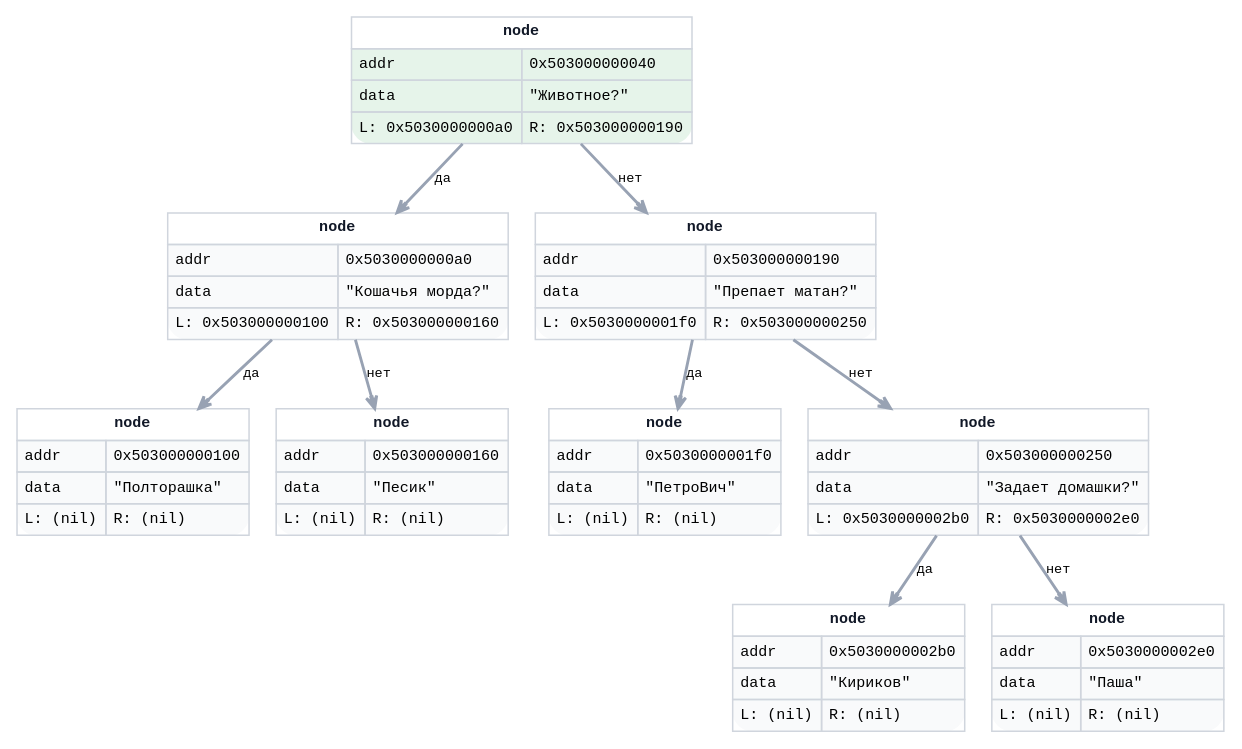
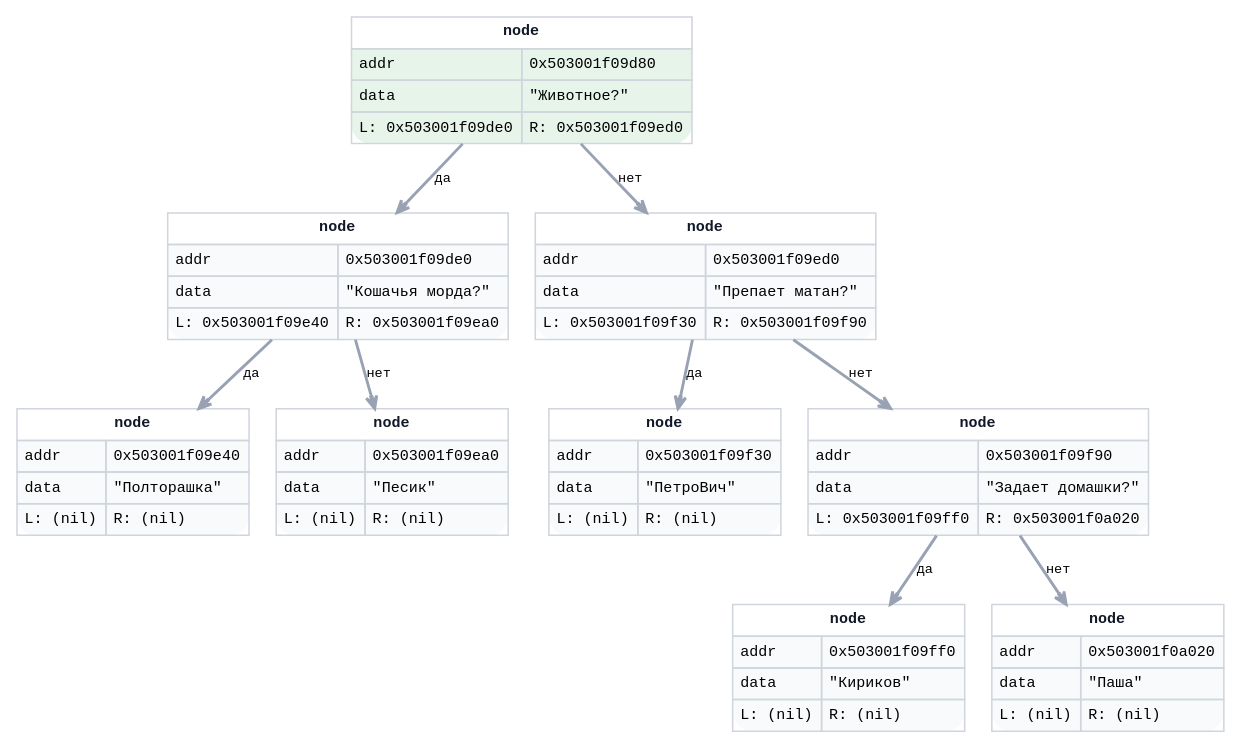
Before and after one commit to matlire/Akinator: the diagram in temp/graph.dot, drawn with Graphviz. The commit also changed 30 other files, not shown here.

```diff
--- a/temp/graph.dot
+++ b/temp/graph.dot
@@ -1,27 +1,27 @@
 digraph G {
 rankdir=TB;
 bgcolor="white";
 labelloc=t;
 labeljust=l;
 fontname="monospace";
 fontsize=18;
 node  [shape=box, style="rounded,filled", color="#475467", fillcolor="#F9FAFB", fontname="monospace", fontsize=10];
 edge  [color="#98A2B3", penwidth=1.7, arrowsize=0.8, arrowhead=vee, fontname="monospace", fontsize=9];
-n0 [shape=plain, color="#16A34A", fillcolor="#E6F4EA", penwidth=2.0, label=<<TABLE BORDER="0" CELLBORDER="1" CELLSPACING="0" CELLPADDING="4" COLOR="#D0D5DD"><TR><TD COLSPAN="2" BGCOLOR="#FFFFFF"><B><FONT COLOR="#111827">node</FONT></B></TD></TR><TR><TD ALIGN="LEFT">addr</TD><TD ALIGN="LEFT">0x503000000040</TD></TR><TR><TD ALIGN="LEFT">data</TD><TD ALIGN="LEFT">"Животное?"</TD></TR><TR><TD PORT="L" ALIGN="LEFT">L: 0x5030000000a0</TD><TD PORT="R" ALIGN="LEFT">R: 0x503000000190</TD></TR></TABLE>>];
-n1 [shape=plain, color="#475467", fillcolor="#F9FAFB", penwidth=2.0, label=<<TABLE BORDER="0" CELLBORDER="1" CELLSPACING="0" CELLPADDING="4" COLOR="#D0D5DD"><TR><TD COLSPAN="2" BGCOLOR="#FFFFFF"><B><FONT COLOR="#111827">node</FONT></B></TD></TR><TR><TD ALIGN="LEFT">addr</TD><TD ALIGN="LEFT">0x5030000000a0</TD></TR><TR><TD ALIGN="LEFT">data</TD><TD ALIGN="LEFT">"Кошачья морда?"</TD></TR><TR><TD PORT="L" ALIGN="LEFT">L: 0x503000000100</TD><TD PORT="R" ALIGN="LEFT">R: 0x503000000160</TD></TR></TABLE>>];
-n2 [shape=plain, color="#475467", fillcolor="#F9FAFB", penwidth=2.0, label=<<TABLE BORDER="0" CELLBORDER="1" CELLSPACING="0" CELLPADDING="4" COLOR="#D0D5DD"><TR><TD COLSPAN="2" BGCOLOR="#FFFFFF"><B><FONT COLOR="#111827">node</FONT></B></TD></TR><TR><TD ALIGN="LEFT">addr</TD><TD ALIGN="LEFT">0x503000000190</TD></TR><TR><TD ALIGN="LEFT">data</TD><TD ALIGN="LEFT">"Препает матан?"</TD></TR><TR><TD PORT="L" ALIGN="LEFT">L: 0x5030000001f0</TD><TD PORT="R" ALIGN="LEFT">R: 0x503000000250</TD></TR></TABLE>>];
-n3 [shape=plain, color="#475467", fillcolor="#F9FAFB", penwidth=2.0, label=<<TABLE BORDER="0" CELLBORDER="1" CELLSPACING="0" CELLPADDING="4" COLOR="#D0D5DD"><TR><TD COLSPAN="2" BGCOLOR="#FFFFFF"><B><FONT COLOR="#111827">node</FONT></B></TD></TR><TR><TD ALIGN="LEFT">addr</TD><TD ALIGN="LEFT">0x503000000100</TD></TR><TR><TD ALIGN="LEFT">data</TD><TD ALIGN="LEFT">"Полторашка"</TD></TR><TR><TD PORT="L" ALIGN="LEFT">L: (nil)</TD><TD PORT="R" ALIGN="LEFT">R: (nil)</TD></TR></TABLE>>];
-n4 [shape=plain, color="#475467", fillcolor="#F9FAFB", penwidth=2.0, label=<<TABLE BORDER="0" CELLBORDER="1" CELLSPACING="0" CELLPADDING="4" COLOR="#D0D5DD"><TR><TD COLSPAN="2" BGCOLOR="#FFFFFF"><B><FONT COLOR="#111827">node</FONT></B></TD></TR><TR><TD ALIGN="LEFT">addr</TD><TD ALIGN="LEFT">0x503000000160</TD></TR><TR><TD ALIGN="LEFT">data</TD><TD ALIGN="LEFT">"Песик"</TD></TR><TR><TD PORT="L" ALIGN="LEFT">L: (nil)</TD><TD PORT="R" ALIGN="LEFT">R: (nil)</TD></TR></TABLE>>];
-n5 [shape=plain, color="#475467", fillcolor="#F9FAFB", penwidth=2.0, label=<<TABLE BORDER="0" CELLBORDER="1" CELLSPACING="0" CELLPADDING="4" COLOR="#D0D5DD"><TR><TD COLSPAN="2" BGCOLOR="#FFFFFF"><B><FONT COLOR="#111827">node</FONT></B></TD></TR><TR><TD ALIGN="LEFT">addr</TD><TD ALIGN="LEFT">0x5030000001f0</TD></TR><TR><TD ALIGN="LEFT">data</TD><TD ALIGN="LEFT">"ПетроВич"</TD></TR><TR><TD PORT="L" ALIGN="LEFT">L: (nil)</TD><TD PORT="R" ALIGN="LEFT">R: (nil)</TD></TR></TABLE>>];
-n6 [shape=plain, color="#475467", fillcolor="#F9FAFB", penwidth=2.0, label=<<TABLE BORDER="0" CELLBORDER="1" CELLSPACING="0" CELLPADDING="4" COLOR="#D0D5DD"><TR><TD COLSPAN="2" BGCOLOR="#FFFFFF"><B><FONT COLOR="#111827">node</FONT></B></TD></TR><TR><TD ALIGN="LEFT">addr</TD><TD ALIGN="LEFT">0x503000000250</TD></TR><TR><TD ALIGN="LEFT">data</TD><TD ALIGN="LEFT">"Задает домашки?"</TD></TR><TR><TD PORT="L" ALIGN="LEFT">L: 0x5030000002b0</TD><TD PORT="R" ALIGN="LEFT">R: 0x5030000002e0</TD></TR></TABLE>>];
-n7 [shape=plain, color="#475467", fillcolor="#F9FAFB", penwidth=2.0, label=<<TABLE BORDER="0" CELLBORDER="1" CELLSPACING="0" CELLPADDING="4" COLOR="#D0D5DD"><TR><TD COLSPAN="2" BGCOLOR="#FFFFFF"><B><FONT COLOR="#111827">node</FONT></B></TD></TR><TR><TD ALIGN="LEFT">addr</TD><TD ALIGN="LEFT">0x5030000002b0</TD></TR><TR><TD ALIGN="LEFT">data</TD><TD ALIGN="LEFT">"Кириков"</TD></TR><TR><TD PORT="L" ALIGN="LEFT">L: (nil)</TD><TD PORT="R" ALIGN="LEFT">R: (nil)</TD></TR></TABLE>>];
-n8 [shape=plain, color="#475467", fillcolor="#F9FAFB", penwidth=2.0, label=<<TABLE BORDER="0" CELLBORDER="1" CELLSPACING="0" CELLPADDING="4" COLOR="#D0D5DD"><TR><TD COLSPAN="2" BGCOLOR="#FFFFFF"><B><FONT COLOR="#111827">node</FONT></B></TD></TR><TR><TD ALIGN="LEFT">addr</TD><TD ALIGN="LEFT">0x5030000002e0</TD></TR><TR><TD ALIGN="LEFT">data</TD><TD ALIGN="LEFT">"Паша"</TD></TR><TR><TD PORT="L" ALIGN="LEFT">L: (nil)</TD><TD PORT="R" ALIGN="LEFT">R: (nil)</TD></TR></TABLE>>];
+n0 [shape=plain, color="#16A34A", fillcolor="#E6F4EA", penwidth=2.0, label=<<TABLE BORDER="0" CELLBORDER="1" CELLSPACING="0" CELLPADDING="4" COLOR="#D0D5DD"><TR><TD COLSPAN="2" BGCOLOR="#FFFFFF"><B><FONT COLOR="#111827">node</FONT></B></TD></TR><TR><TD ALIGN="LEFT">addr</TD><TD ALIGN="LEFT">0x503001f09d80</TD></TR><TR><TD ALIGN="LEFT">data</TD><TD ALIGN="LEFT">"Животное?"</TD></TR><TR><TD PORT="L" ALIGN="LEFT">L: 0x503001f09de0</TD><TD PORT="R" ALIGN="LEFT">R: 0x503001f09ed0</TD></TR></TABLE>>];
+n1 [shape=plain, color="#475467", fillcolor="#F9FAFB", penwidth=2.0, label=<<TABLE BORDER="0" CELLBORDER="1" CELLSPACING="0" CELLPADDING="4" COLOR="#D0D5DD"><TR><TD COLSPAN="2" BGCOLOR="#FFFFFF"><B><FONT COLOR="#111827">node</FONT></B></TD></TR><TR><TD ALIGN="LEFT">addr</TD><TD ALIGN="LEFT">0x503001f09de0</TD></TR><TR><TD ALIGN="LEFT">data</TD><TD ALIGN="LEFT">"Кошачья морда?"</TD></TR><TR><TD PORT="L" ALIGN="LEFT">L: 0x503001f09e40</TD><TD PORT="R" ALIGN="LEFT">R: 0x503001f09ea0</TD></TR></TABLE>>];
+n2 [shape=plain, color="#475467", fillcolor="#F9FAFB", penwidth=2.0, label=<<TABLE BORDER="0" CELLBORDER="1" CELLSPACING="0" CELLPADDING="4" COLOR="#D0D5DD"><TR><TD COLSPAN="2" BGCOLOR="#FFFFFF"><B><FONT COLOR="#111827">node</FONT></B></TD></TR><TR><TD ALIGN="LEFT">addr</TD><TD ALIGN="LEFT">0x503001f09ed0</TD></TR><TR><TD ALIGN="LEFT">data</TD><TD ALIGN="LEFT">"Препает матан?"</TD></TR><TR><TD PORT="L" ALIGN="LEFT">L: 0x503001f09f30</TD><TD PORT="R" ALIGN="LEFT">R: 0x503001f09f90</TD></TR></TABLE>>];
+n3 [shape=plain, color="#475467", fillcolor="#F9FAFB", penwidth=2.0, label=<<TABLE BORDER="0" CELLBORDER="1" CELLSPACING="0" CELLPADDING="4" COLOR="#D0D5DD"><TR><TD COLSPAN="2" BGCOLOR="#FFFFFF"><B><FONT COLOR="#111827">node</FONT></B></TD></TR><TR><TD ALIGN="LEFT">addr</TD><TD ALIGN="LEFT">0x503001f09e40</TD></TR><TR><TD ALIGN="LEFT">data</TD><TD ALIGN="LEFT">"Полторашка"</TD></TR><TR><TD PORT="L" ALIGN="LEFT">L: (nil)</TD><TD PORT="R" ALIGN="LEFT">R: (nil)</TD></TR></TABLE>>];
+n4 [shape=plain, color="#475467", fillcolor="#F9FAFB", penwidth=2.0, label=<<TABLE BORDER="0" CELLBORDER="1" CELLSPACING="0" CELLPADDING="4" COLOR="#D0D5DD"><TR><TD COLSPAN="2" BGCOLOR="#FFFFFF"><B><FONT COLOR="#111827">node</FONT></B></TD></TR><TR><TD ALIGN="LEFT">addr</TD><TD ALIGN="LEFT">0x503001f09ea0</TD></TR><TR><TD ALIGN="LEFT">data</TD><TD ALIGN="LEFT">"Песик"</TD></TR><TR><TD PORT="L" ALIGN="LEFT">L: (nil)</TD><TD PORT="R" ALIGN="LEFT">R: (nil)</TD></TR></TABLE>>];
+n5 [shape=plain, color="#475467", fillcolor="#F9FAFB", penwidth=2.0, label=<<TABLE BORDER="0" CELLBORDER="1" CELLSPACING="0" CELLPADDING="4" COLOR="#D0D5DD"><TR><TD COLSPAN="2" BGCOLOR="#FFFFFF"><B><FONT COLOR="#111827">node</FONT></B></TD></TR><TR><TD ALIGN="LEFT">addr</TD><TD ALIGN="LEFT">0x503001f09f30</TD></TR><TR><TD ALIGN="LEFT">data</TD><TD ALIGN="LEFT">"ПетроВич"</TD></TR><TR><TD PORT="L" ALIGN="LEFT">L: (nil)</TD><TD PORT="R" ALIGN="LEFT">R: (nil)</TD></TR></TABLE>>];
+n6 [shape=plain, color="#475467", fillcolor="#F9FAFB", penwidth=2.0, label=<<TABLE BORDER="0" CELLBORDER="1" CELLSPACING="0" CELLPADDING="4" COLOR="#D0D5DD"><TR><TD COLSPAN="2" BGCOLOR="#FFFFFF"><B><FONT COLOR="#111827">node</FONT></B></TD></TR><TR><TD ALIGN="LEFT">addr</TD><TD ALIGN="LEFT">0x503001f09f90</TD></TR><TR><TD ALIGN="LEFT">data</TD><TD ALIGN="LEFT">"Задает домашки?"</TD></TR><TR><TD PORT="L" ALIGN="LEFT">L: 0x503001f09ff0</TD><TD PORT="R" ALIGN="LEFT">R: 0x503001f0a020</TD></TR></TABLE>>];
+n7 [shape=plain, color="#475467", fillcolor="#F9FAFB", penwidth=2.0, label=<<TABLE BORDER="0" CELLBORDER="1" CELLSPACING="0" CELLPADDING="4" COLOR="#D0D5DD"><TR><TD COLSPAN="2" BGCOLOR="#FFFFFF"><B><FONT COLOR="#111827">node</FONT></B></TD></TR><TR><TD ALIGN="LEFT">addr</TD><TD ALIGN="LEFT">0x503001f09ff0</TD></TR><TR><TD ALIGN="LEFT">data</TD><TD ALIGN="LEFT">"Кириков"</TD></TR><TR><TD PORT="L" ALIGN="LEFT">L: (nil)</TD><TD PORT="R" ALIGN="LEFT">R: (nil)</TD></TR></TABLE>>];
+n8 [shape=plain, color="#475467", fillcolor="#F9FAFB", penwidth=2.0, label=<<TABLE BORDER="0" CELLBORDER="1" CELLSPACING="0" CELLPADDING="4" COLOR="#D0D5DD"><TR><TD COLSPAN="2" BGCOLOR="#FFFFFF"><B><FONT COLOR="#111827">node</FONT></B></TD></TR><TR><TD ALIGN="LEFT">addr</TD><TD ALIGN="LEFT">0x503001f0a020</TD></TR><TR><TD ALIGN="LEFT">data</TD><TD ALIGN="LEFT">"Паша"</TD></TR><TR><TD PORT="L" ALIGN="LEFT">L: (nil)</TD><TD PORT="R" ALIGN="LEFT">R: (nil)</TD></TR></TABLE>>];
 n0 -> n1 [color="#98A2B3", penwidth=1.9, label="да"];
 n0 -> n2 [color="#98A2B3", penwidth=1.9, label="нет"];
 n1 -> n3 [color="#98A2B3", penwidth=1.9, label="да"];
 n1 -> n4 [color="#98A2B3", penwidth=1.9, label="нет"];
 n2 -> n5 [color="#98A2B3", penwidth=1.9, label="да"];
 n2 -> n6 [color="#98A2B3", penwidth=1.9, label="нет"];
 n6 -> n7 [color="#98A2B3", penwidth=1.9, label="да"];
 n6 -> n8 [color="#98A2B3", penwidth=1.9, label="нет"];
 }
```
